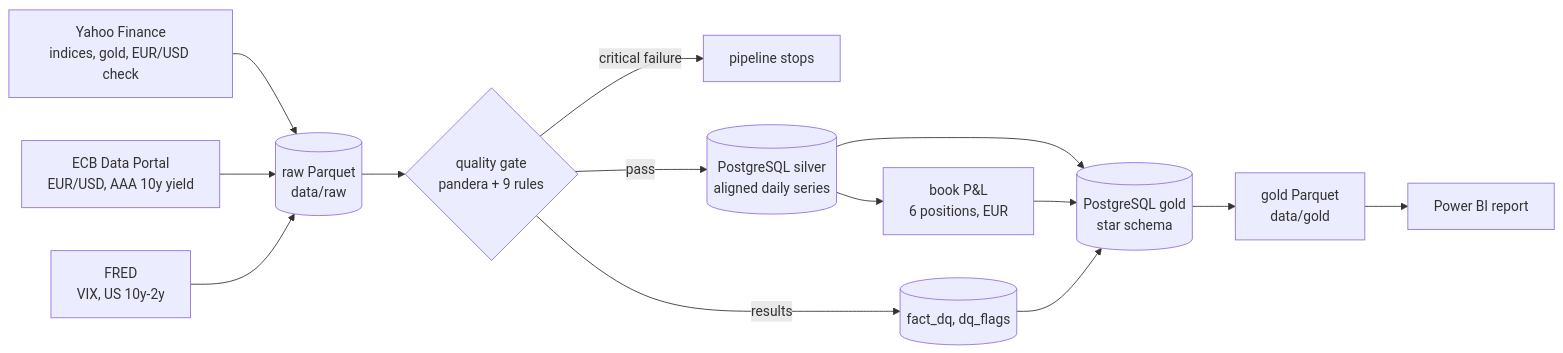
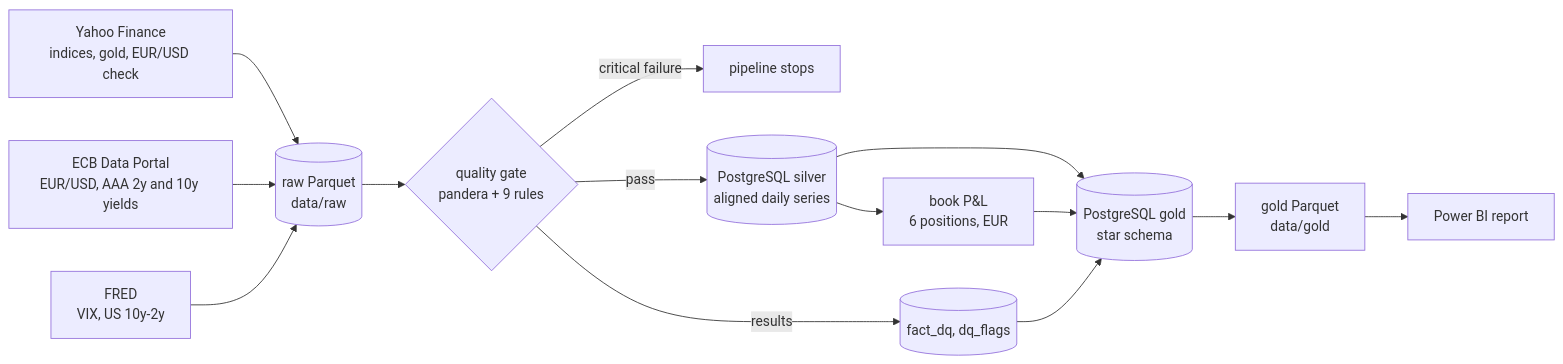
The diagram in README.md (MedChahb/market_risk_monitor), drawn with Mermaid before and after one commit. The commit also changed other lines of this file and 2 other files, not shown here.

Commit message:
Add the euro area AAA 2-year yield as a model input
With the 10-year yield it gives the euro curve slope, a volatility-model
feature available while FRED (US slope, VIX) is offline.

````diff
--- a/README.md
+++ b/README.md
@@ -11,16 +11,16 @@
 ```mermaid
 flowchart LR
     Y[Yahoo Finance<br/>indices, gold, EUR/USD check] --> R[(raw Parquet<br/>data/raw)]
-    E[ECB Data Portal<br/>EUR/USD, AAA 10y yield] --> R
+    E[ECB Data Portal<br/>EUR/USD, AAA 2y and 10y yields] --> R
     F[FRED<br/>VIX, US 10y-2y] --> R
     R --> Q{quality gate<br/>pandera + 9 rules}
     Q -->|critical failure| X[pipeline stops]
     Q -->|results| DQ[(fact_dq, dq_flags)]
     Q -->|pass| S[(PostgreSQL silver<br/>aligned daily series)]
     S --> G[(PostgreSQL gold<br/>star schema)]
     S --> B[book P&L<br/>6 positions, EUR]
     B --> G
     DQ --> G
     G --> P[gold Parquet<br/>data/gold]
     P --> BI[Power BI report]
 ```
````
